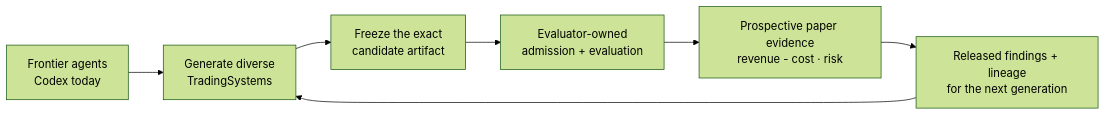
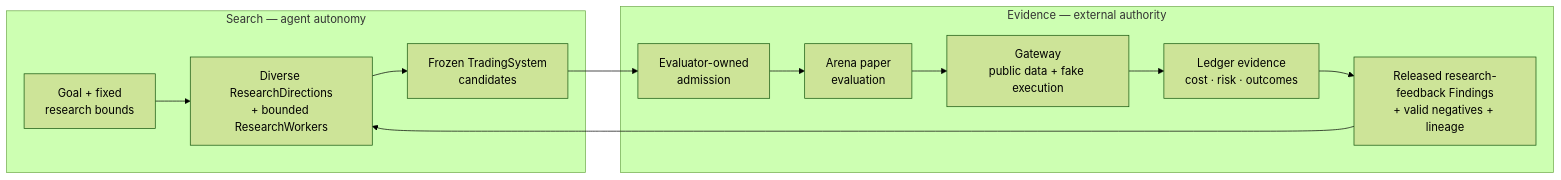
The diagram in README.md (openboa-ai/ouroboros), drawn with Mermaid (forest theme) before and after one commit. The commit also changed other lines of this file, not shown here.

````diff
--- a/README.md
+++ b/README.md
@@ -22,9 +40,17 @@
 ```mermaid
 flowchart LR
-    A["Frontier agents<br/>Codex today"] --> B["Generate diverse<br/>TradingSystems"]
-    B --> C["Freeze the exact<br/>candidate artifact"]
-    C --> D["Evaluator-owned<br/>admission + evaluation"]
-    D --> E["Prospective paper evidence<br/>revenue - cost · risk"]
-    E --> F["Released findings + lineage<br/>for the next generation"]
-    F --> B
+    subgraph S["Search — agent autonomy"]
+        G["Goal + fixed<br/>research bounds"] --> R["Diverse ResearchDirections<br/>+ bounded ResearchWorkers"]
+        R --> C["Frozen TradingSystem<br/>candidates"]
+    end
+
+    subgraph E["Evidence — external authority"]
+        C --> A["Evaluator-owned<br/>admission"]
+        A --> P["Arena paper<br/>evaluation"]
+        P --> W["Gateway<br/>public data + fake execution"]
+        W --> L["Ledger evidence<br/>cost · risk · outcomes"]
+        L --> M["Released research-feedback Findings<br/>+ valid negatives + lineage"]
+    end
+
+    M --> R
 ```
````
